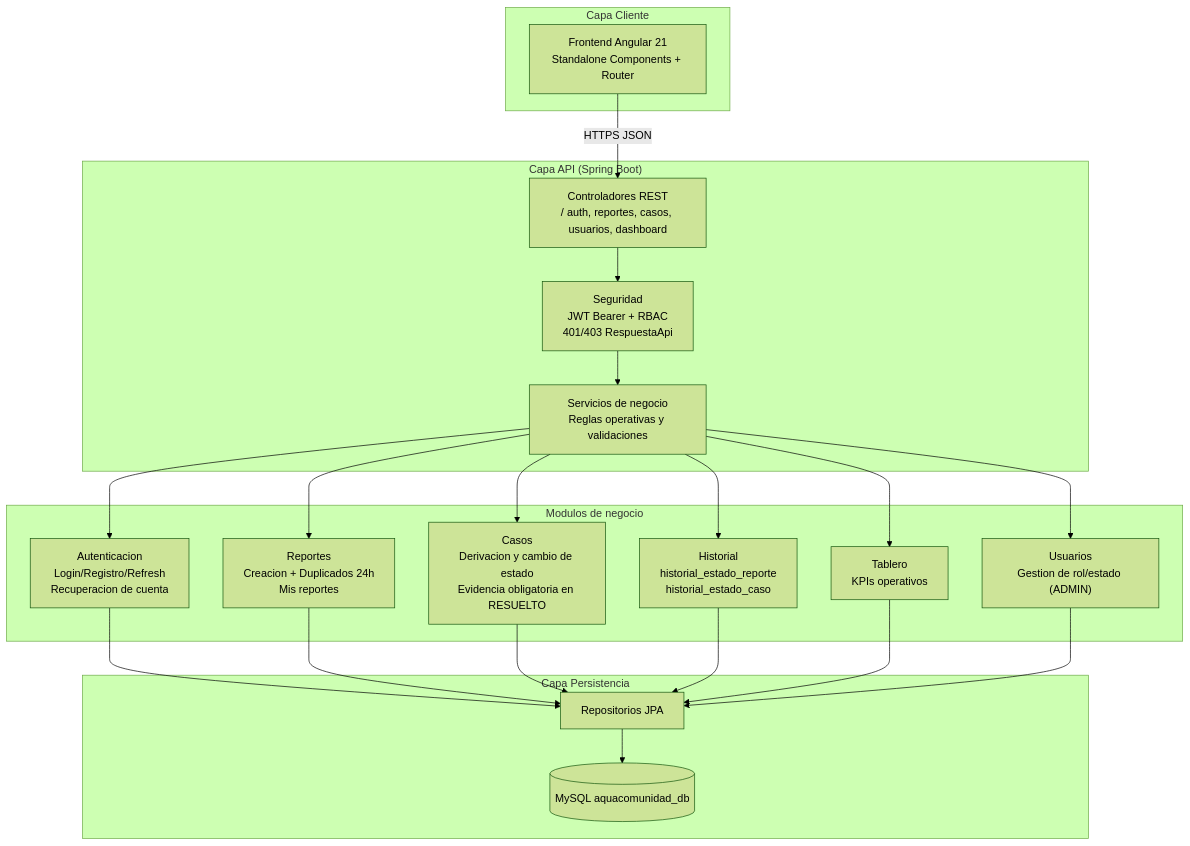
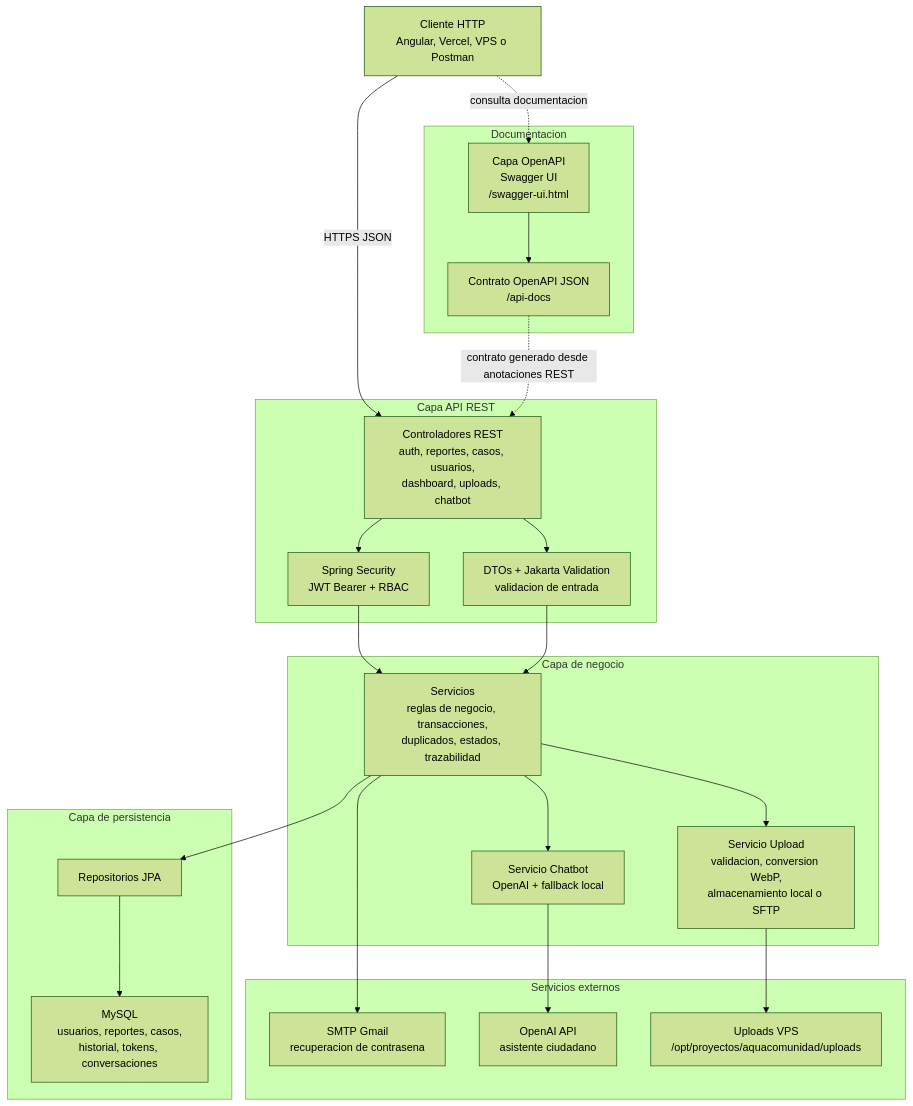
One commit to Espiritu16/DisenoBackend changed the diagram in README.md. Above: the diagram before and after it, drawn with Mermaid (forest theme). The commit also changed other lines of this file, not shown here.

Commit message:
Actualizar documentacion del backend

````diff
--- a/README.md
+++ b/README.md
@@ -329,45 +41,50 @@
 ```mermaid
 flowchart TB
-  subgraph C1["Capa Cliente"]
-    FE["Frontend Angular 21<br/>Standalone Components + Router"]
-  end
+    cliente["Cliente HTTP<br/>Angular, Vercel, VPS o Postman"]
 
-  subgraph C2["Capa API (Spring Boot)"]
-    API["Controladores REST<br/>/ auth, reportes, casos, usuarios, dashboard"]
-    SEC["Seguridad<br/>JWT Bearer + RBAC<br/>401/403 RespuestaApi"]
-    APP["Servicios de negocio<br/>Reglas operativas y validaciones"]
-  end
+    subgraph documentacion["Documentacion"]
+        swagger["Capa OpenAPI<br/>Swagger UI<br/>/swagger-ui.html"]
+        openapi["Contrato OpenAPI JSON<br/>/api-docs"]
+    end
 
-  subgraph C3["Capa Persistencia"]
-    JPA["Repositorios JPA"]
-    DB[("MySQL aquacomunidad_db")]
-  end
+    subgraph api["Capa API REST"]
+        controllers["Controladores REST<br/>auth, reportes, casos, usuarios,<br/>dashboard, uploads, chatbot"]
+        validation["DTOs + Jakarta Validation<br/>validacion de entrada"]
+        security["Spring Security<br/>JWT Bearer + RBAC"]
+    end
 
-  subgraph M["Modulos de negocio"]
-    AUT["Autenticacion<br/>Login/Registro/Refresh<br/>Recuperacion de cuenta"]
-    REP["Reportes<br/>Creacion + Duplicados 24h<br/>Mis reportes"]
-    CAS["Casos<br/>Derivacion y cambio de estado<br/>Evidencia obligatoria en RESUELTO"]
-    HIS["Historial<br/>historial_estado_reporte<br/>historial_estado_caso"]
-    TAB["Tablero<br/>KPIs operativos"]
-    USR["Usuarios<br/>Gestion de rol/estado (ADMIN)"]
-  end
+    subgraph negocio["Capa de negocio"]
+        services["Servicios<br/>reglas de negocio, transacciones,<br/>duplicados, estados, trazabilidad"]
+        chatbot["Servicio Chatbot<br/>OpenAI + fallback local"]
+        uploads["Servicio Upload<br/>validacion, conversion WebP,<br/>almacenamiento local o SFTP"]
+    end
 
-  FE -->|"HTTPS JSON"| API
-  API --> SEC
-  SEC --> APP
+    subgraph persistencia["Capa de persistencia"]
+        repositories["Repositorios JPA"]
+        mysql["MySQL<br/>usuarios, reportes, casos,<br/>historial, tokens, conversaciones"]
+    end
 
-  APP --> AUT
-  APP --> REP
-  APP --> CAS
-  APP --> HIS
-  APP --> TAB
-  APP --> USR
+    subgraph externos["Servicios externos"]
+        smtp["SMTP Gmail<br/>recuperacion de contrasena"]
+        openai["OpenAI API<br/>asistente ciudadano"]
+        filesystem["Uploads VPS<br/>/opt/proyectos/aquacomunidad/uploads"]
+    end
 
-  AUT --> JPA
-  REP --> JPA
-  CAS --> JPA
-  HIS --> JPA
-  TAB --> JPA
-  USR --> JPA
-  JPA --> DB
+    cliente -->|HTTPS JSON| controllers
+    cliente -.->|consulta documentacion| swagger
+    swagger --> openapi
+    openapi -.->|contrato generado desde anotaciones REST| controllers
+
+    controllers --> validation
+    controllers --> security
+    security --> services
+    validation --> services
+
+    services --> repositories
+    repositories --> mysql
+    services --> smtp
+    services --> chatbot
+    chatbot --> openai
+    services --> uploads
+    uploads --> filesystem
 ```
````
